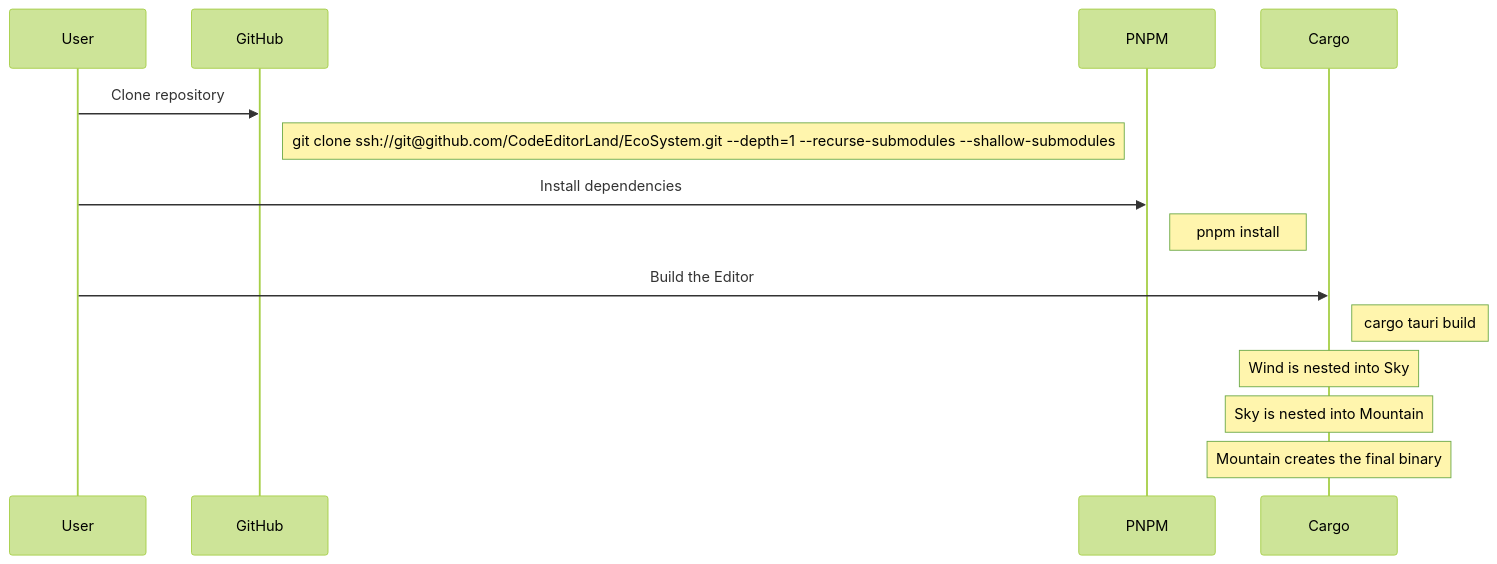
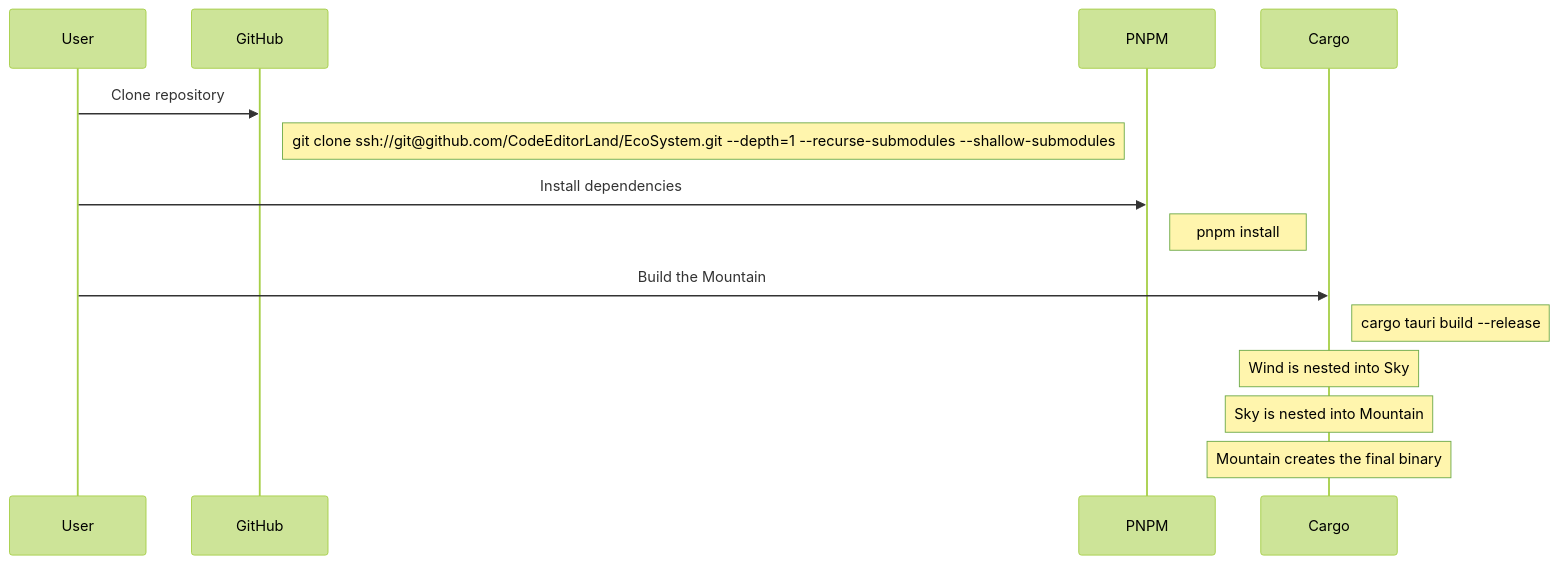
Before and after one commit to CodeEditorLand/Land: the second of 2 diagrams in README.md, drawn with Mermaid (forest theme).

````diff
--- a/README.md
+++ b/README.md
@@ -90,20 +90,20 @@
 ```mermaid
 sequenceDiagram
     participant User
     participant GitHub
     participant PNPM
     participant Cargo
 
     User->>GitHub: Clone repository
     Note right of GitHub: git clone ssh://git@github.com/CodeEditorLand/EcoSystem.git --depth=1 --recurse-submodules --shallow-submodules
 
     User->>PNPM: Install dependencies
     Note right of PNPM: pnpm install
 
-    User->>Cargo: Build the Editor
-    Note right of Cargo: cargo tauri build
+    User->>Cargo: Build the Mountain
+    Note right of Cargo: cargo tauri build --release
 
     Note over Cargo: Wind is nested into Sky
     Note over Cargo: Sky is nested into Mountain
     Note over Cargo: Mountain creates the final binary
 ```
````
